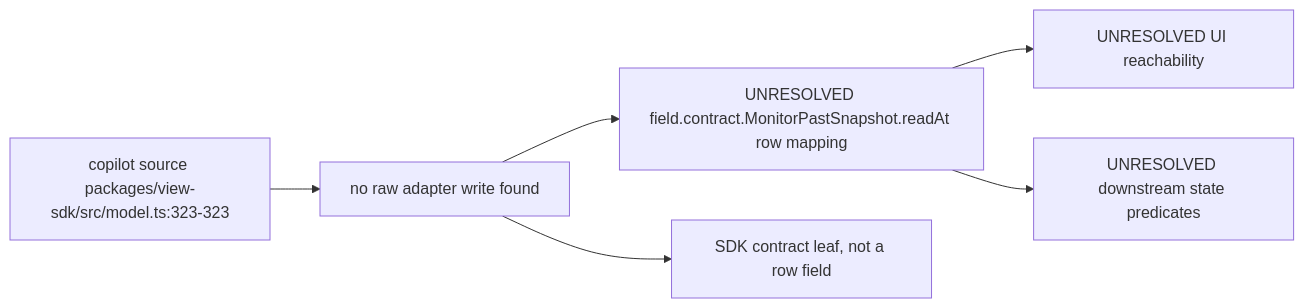
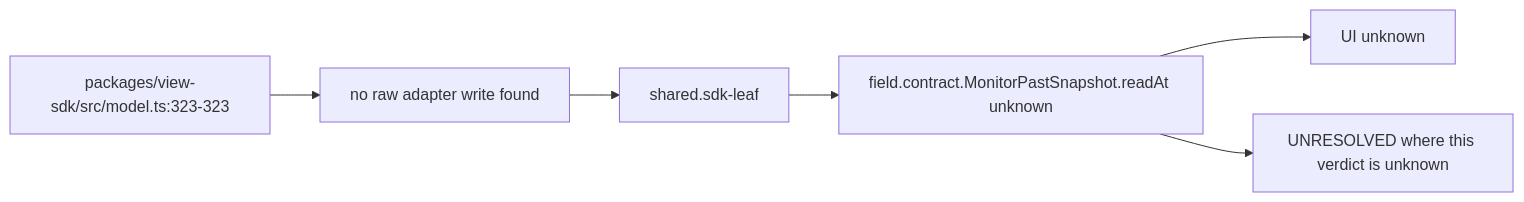
One commit to vibefield/vibefield changed the diagram in audit/godview/evidence/copilot/contract.MonitorPastSnapshot.readAt.mmd. Above: the diagram before and after it, drawn with Mermaid. The commit also changed 1609 other files, not shown here.

```diff
--- a/audit/godview/evidence/copilot/contract.MonitorPastSnapshot.readAt.mmd
+++ b/audit/godview/evidence/copilot/contract.MonitorPastSnapshot.readAt.mmd
@@ -1,11 +1,13 @@
+%% graph_ref: shared.sdk-leaf
+%% adapter: copilot
+%% field: field.contract.MonitorPastSnapshot.readAt
+%% forensic: source-read at 748d015; not a live sample
 flowchart LR
-  src["copilot source packages/view-sdk/src/model.ts:323-323"]
+  src["packages/view-sdk/src/model.ts:323-323"]
   raw["no raw adapter write found"]
-  row["UNRESOLVED field.contract.MonitorPastSnapshot.readAt row mapping"]
-  ui["UNRESOLVED UI reachability"]
-  states["UNRESOLVED downstream state predicates"]
-  src --> raw --> row
-  row --> ui
-  row --> states
-  leaf["SDK contract leaf, not a row field"]
-  raw --> leaf
+  shared["shared.sdk-leaf"]
+  row["field.contract.MonitorPastSnapshot.readAt unknown"]
+  ui["UI unknown"]
+  src --> raw --> shared --> row --> ui
+  open["UNRESOLVED where this verdict is unknown"]
+  row --> open
```
